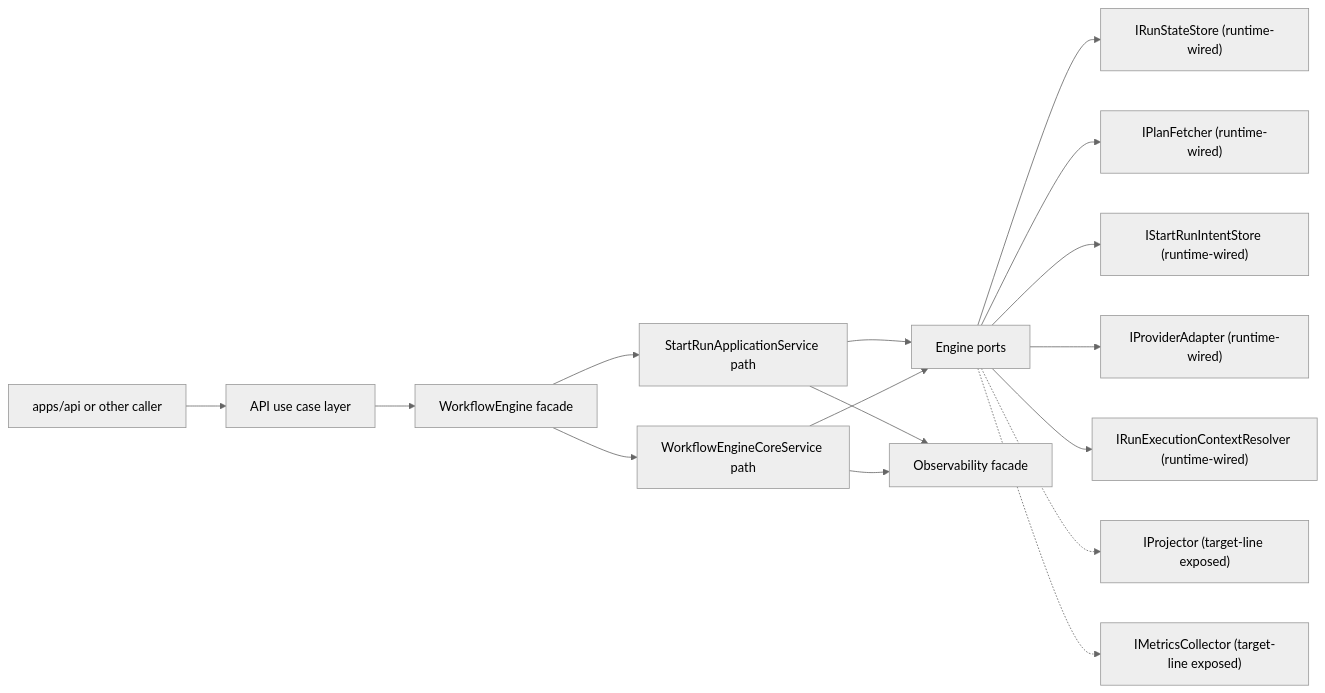
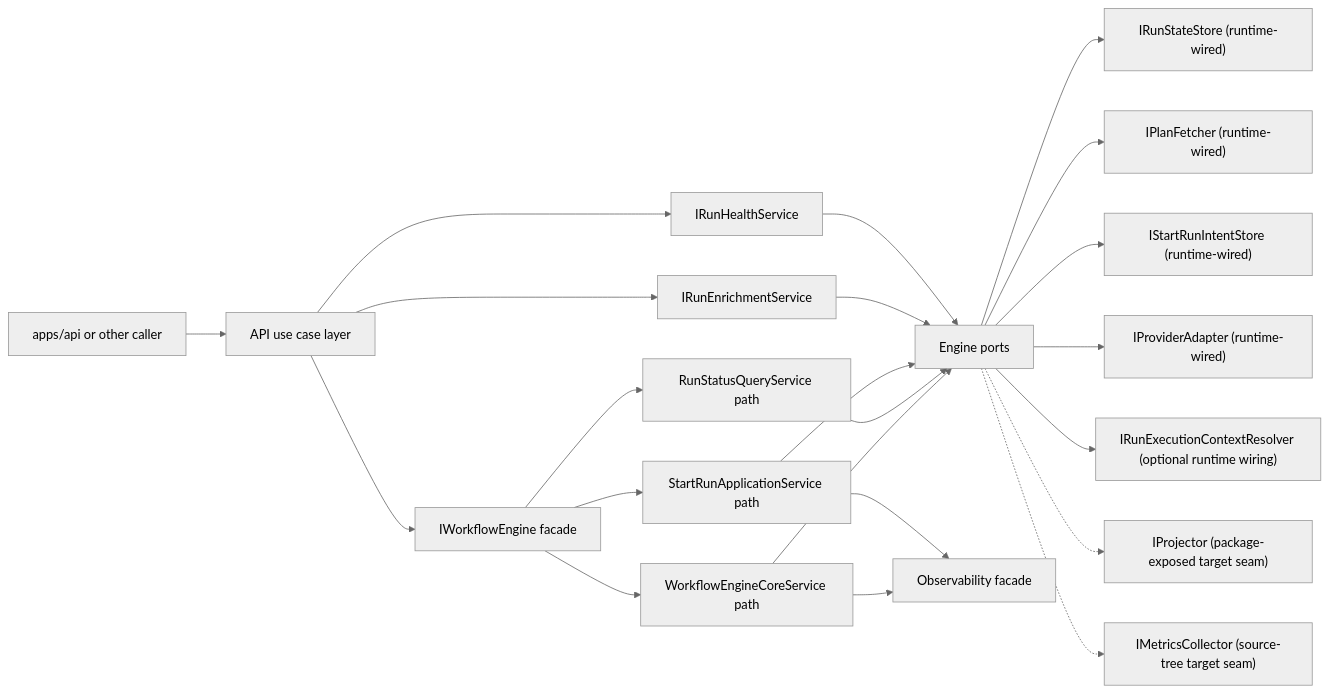
The first of 5 diagrams in docs/architecture/components/engine/architecture/workflow-engine-subsystem-context.md (dunay2/dvt), drawn with Mermaid (neutral theme) before and after one commit. The commit also changed other lines of this file and 168 other files, not shown here.

````diff
--- a/docs/architecture/components/engine/architecture/workflow-engine-subsystem-context.md
+++ b/docs/architecture/components/engine/architecture/workflow-engine-subsystem-context.md
@@ -66,18 +76,24 @@
 ```mermaid
 flowchart LR
   Caller["apps/api or other caller"] --> UseCase["API use case layer"]
-  UseCase --> Engine["WorkflowEngine facade"]
+  UseCase --> Engine["IWorkflowEngine facade"]
+  UseCase --> Health["IRunHealthService"]
+  UseCase --> Enrich["IRunEnrichmentService"]
   Engine --> StartRun["StartRunApplicationService path"]
+  Engine --> Query["RunStatusQueryService path"]
   Engine --> Core["WorkflowEngineCoreService path"]
+  Health --> Ports
+  Enrich --> Ports
   StartRun --> Ports["Engine ports"]
+  Query --> Ports
   Core --> Ports
   Ports --> State["IRunStateStore (runtime-wired)"]
   Ports --> PlanStore["IPlanFetcher (runtime-wired)"]
   Ports --> Intent["IStartRunIntentStore (runtime-wired)"]
   Ports --> Provider["IProviderAdapter (runtime-wired)"]
-  Ports --> RunCtx["IRunExecutionContextResolver (runtime-wired)"]
-  Ports -.-> Projector["IProjector (target-line exposed)"]
-  Ports -.-> Metrics["IMetricsCollector (target-line exposed)"]
+  Ports --> RunCtx["IRunExecutionContextResolver (optional runtime wiring)"]
+  Ports -.-> Projector["IProjector (package-exposed target seam)"]
+  Ports -.-> Metrics["IMetricsCollector (source-tree target seam)"]
   StartRun --> Obs["Observability facade"]
   Core --> Obs
 ```
````
